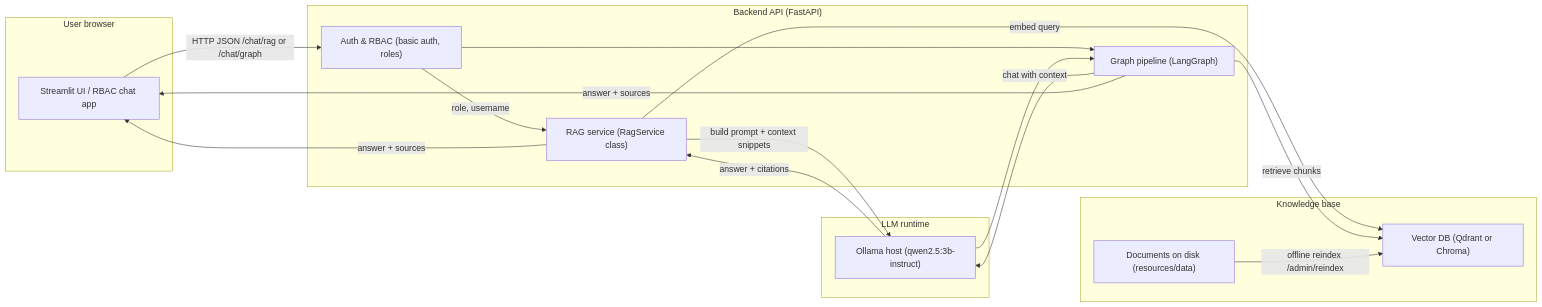
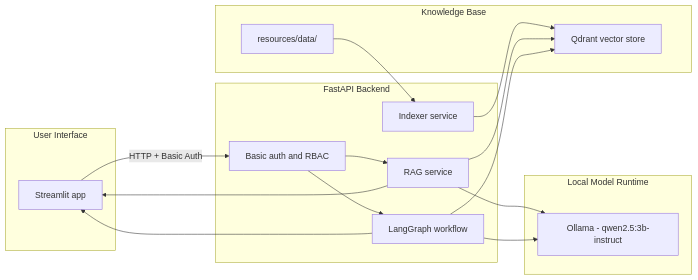
Before and after one commit to oosei25/rbac-rag-assistant-demo: the diagram in README.md, drawn with Mermaid. The commit also changed other lines of this file and 24 other files, not shown here.

````diff
--- a/README.md
+++ b/README.md
@@ -99,39 +24,34 @@
 ```mermaid
 flowchart LR
-  subgraph User["User browser"]
-    UI["Streamlit UI / RBAC chat app"]
+  subgraph UI["User Interface"]
+    Streamlit["Streamlit app"]
   end
 
-  subgraph Backend["Backend API (FastAPI)"]
-    AUTH["Auth & RBAC (basic auth, roles)"]
-    RAG["RAG service (RagService class)"]
-    GRAPH["Graph pipeline (LangGraph)"]
+  subgraph API["FastAPI Backend"]
+    Auth["Basic auth and RBAC"]
+    Rag["RAG service"]
+    Graph["LangGraph workflow"]
+    Indexer["Indexer service"]
   end
 
-  subgraph DataPlane["Knowledge base"]
-    VDB["Vector DB (Qdrant or Chroma)"]
-    STORE["Documents on disk (resources/data)"]
+  subgraph Data["Knowledge Base"]
+    Docs["resources/data/<department>"]
+    Qdrant["Qdrant vector store"]
   end
 
-  subgraph LLMPlane["LLM runtime"]
-    OLLAMA["Ollama host (qwen2.5:3b-instruct)"]
+  subgraph LLM["Local Model Runtime"]
+    Ollama["Ollama - qwen2.5:3b-instruct"]
   end
 
-  %% Edges
-  UI -->|"HTTP JSON /chat/rag or /chat/graph"| AUTH
-  AUTH -->|"role, username"| RAG
-  AUTH --> GRAPH
-
-  RAG -->|"embed query"| VDB
-  GRAPH -->|"retrieve chunks"| VDB
-
-  STORE -->|"offline reindex /admin/reindex"| VDB
-
-  RAG -->|"build prompt + context snippets"| OLLAMA
-  GRAPH -->|"chat with context"| OLLAMA
-  OLLAMA -->|"answer + citations"| RAG
-  OLLAMA --> GRAPH
-
-  RAG -->|"answer + sources"| UI
-  GRAPH -->|"answer + sources"| UI
+  Streamlit -->|"HTTP + Basic Auth"| Auth
+  Auth --> Rag
+  Auth --> Graph
+  Docs --> Indexer
+  Indexer --> Qdrant
+  Rag --> Qdrant
+  Graph --> Qdrant
+  Rag --> Ollama
+  Graph --> Ollama
+  Rag --> Streamlit
+  Graph --> Streamlit
 ```
````
